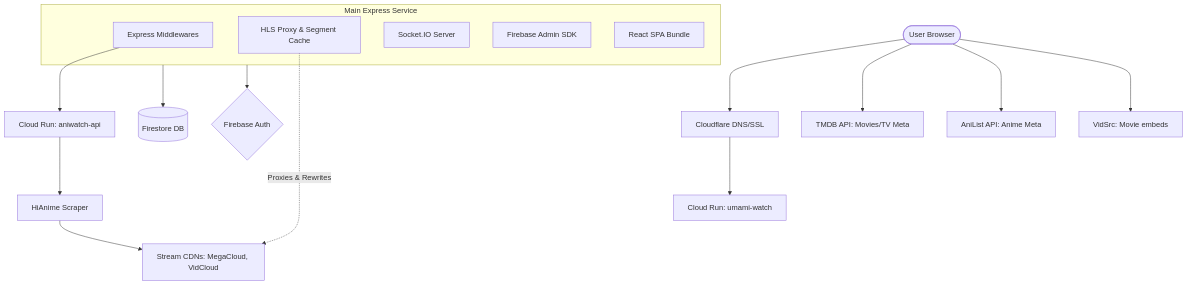
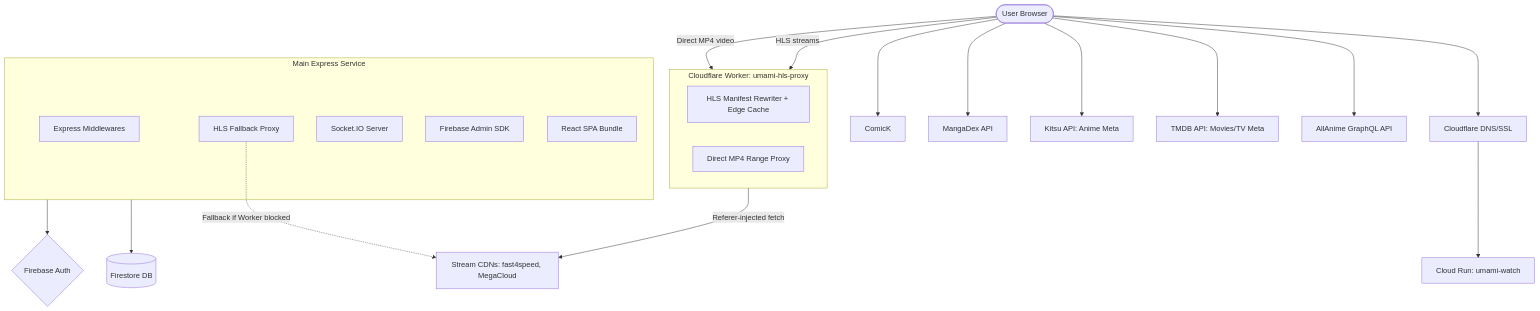
Before and after one commit to kiiro-tenshi/umami-watch: the first of 2 diagrams in README.md, drawn with Mermaid. The commit also changed other lines of this file and 1 other file, not shown here.

````diff
--- a/README.md
+++ b/README.md
@@ -14,25 +14,33 @@
 ```mermaid
 graph TD
     User([User Browser]) --> CF[Cloudflare DNS/SSL]
     CF --> CR_Main[Cloud Run: umami-watch]
-    
+
     subgraph CR_Main_Sub [Main Express Service]
         Express[Express Middlewares]
-        HLS_Proxy[HLS Proxy & Segment Cache]
+        HLS_Fallback[HLS Fallback Proxy]
         SocketIO[Socket.IO Server]
         AdminSDK[Firebase Admin SDK]
         Frontend[React SPA Bundle]
     end
-    
-    Express --> CR_Aniwatch[Cloud Run: aniwatch-api]
+
+    subgraph CFWorker [Cloudflare Worker: umami-hls-proxy]
+        HLS_Worker[HLS Manifest Rewriter + Edge Cache]
+        Video_Worker[Direct MP4 Range Proxy]
+    end
+
     CR_Main_Sub --> Firestore[(Firestore DB)]
     CR_Main_Sub --> Auth{Firebase Auth}
-    
-    CR_Aniwatch --> HiAnime[HiAnime Scraper]
-    HiAnime --> CDNs[Stream CDNs: MegaCloud, VidCloud]
-    HLS_Proxy -.->|Proxies & Rewrites| CDNs
-    
+
+    User -->|HLS streams| CFWorker
+    User -->|Direct MP4 video| CFWorker
+    CFWorker -->|Referer-injected fetch| StreamCDNs[Stream CDNs: fast4speed, MegaCloud]
+
+    HLS_Fallback -.->|Fallback if Worker blocked| StreamCDNs
+
+    User --> AllAnime[AllAnime GraphQL API]
     User --> TMDB[TMDB API: Movies/TV Meta]
-    User --> AniList[AniList API: Anime Meta]
-    User --> VidSrc[VidSrc: Movie embeds]
+    User --> Kitsu[Kitsu API: Anime Meta]
+    User --> MangaDex[MangaDex API]
+    User --> ComicK[ComicK]
 ```
````
